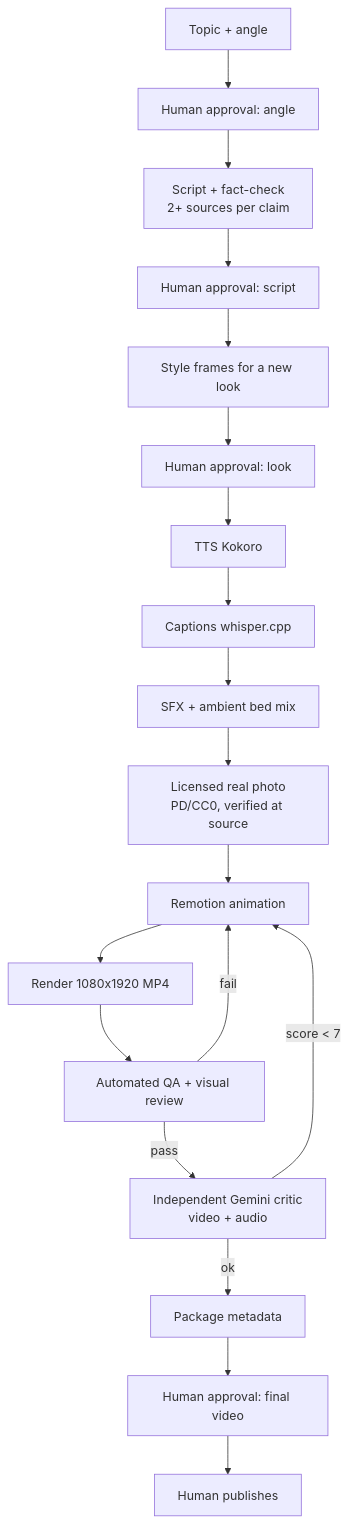
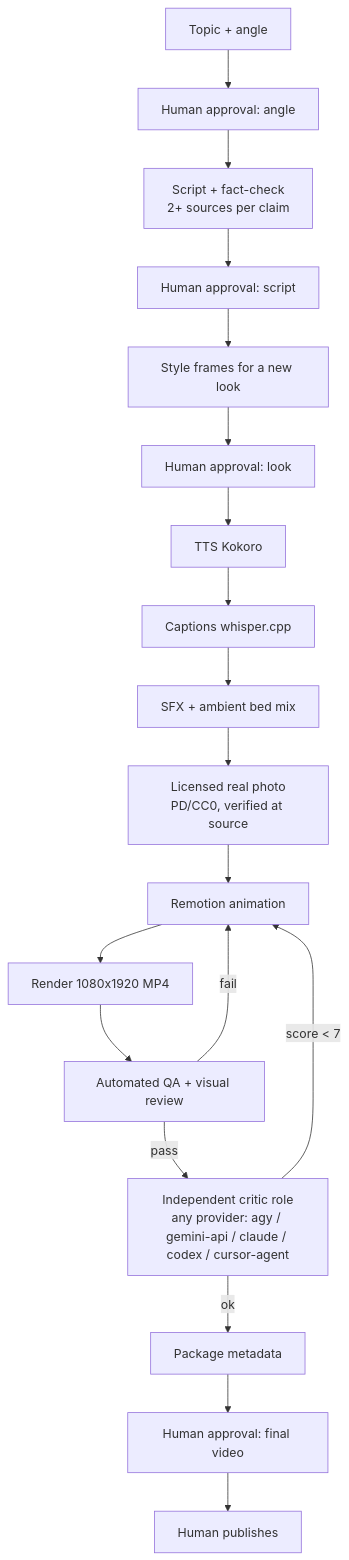
One commit to felipefscalco/thats-the-mechanism changed the diagram in README.md. Above: the diagram before and after it, drawn with Mermaid. The commit also changed other lines of this file and 4 other files, not shown here.

````diff
--- a/README.md
+++ b/README.md
@@ -11,21 +11,21 @@
 ```mermaid
 flowchart TD
   A[Topic + angle] --> B[Human approval: angle]
   B --> C[Script + fact-check<br/>2+ sources per claim]
   C --> D[Human approval: script]
   D --> SF[Style frames for a new look]
   SF --> SG[Human approval: look]
   SG --> E[TTS Kokoro]
   E --> F[Captions whisper.cpp]
   F --> G[SFX + ambient bed mix]
   G --> P[Licensed real photo<br/>PD/CC0, verified at source]
   P --> H[Remotion animation]
   H --> I[Render 1080x1920 MP4]
   I --> J[Automated QA + visual review]
   J -->|fail| H
-  J -->|pass| CR[Independent Gemini critic<br/>video + audio]
+  J -->|pass| CR[Independent critic role<br/>any provider: agy / gemini-api / claude / codex / cursor-agent]
   CR -->|score < 7| H
   CR -->|ok| K[Package metadata]
   K --> L[Human approval: final video]
   L --> M[Human publishes]
 ```
````
